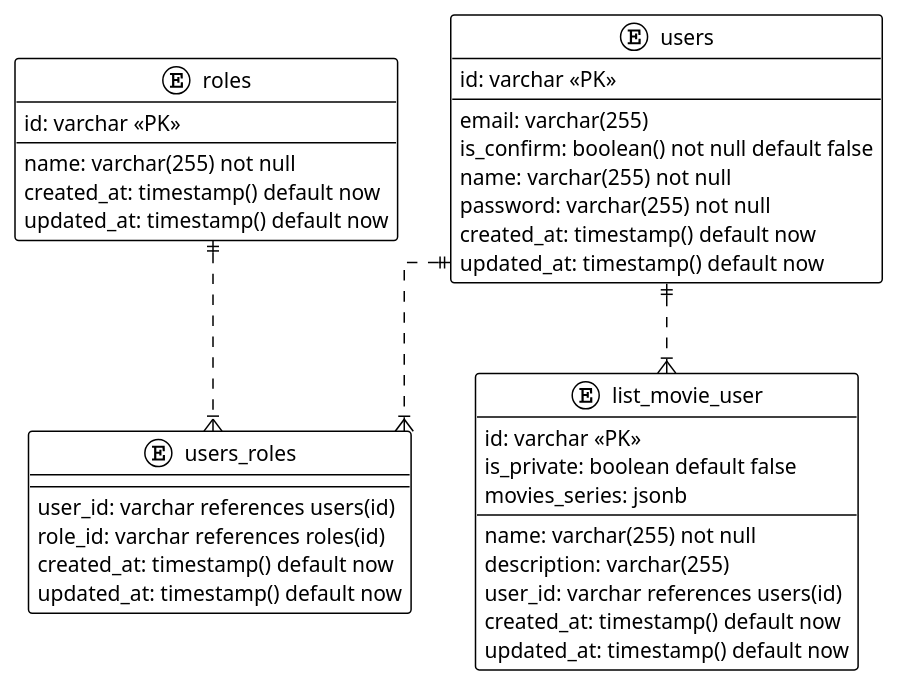
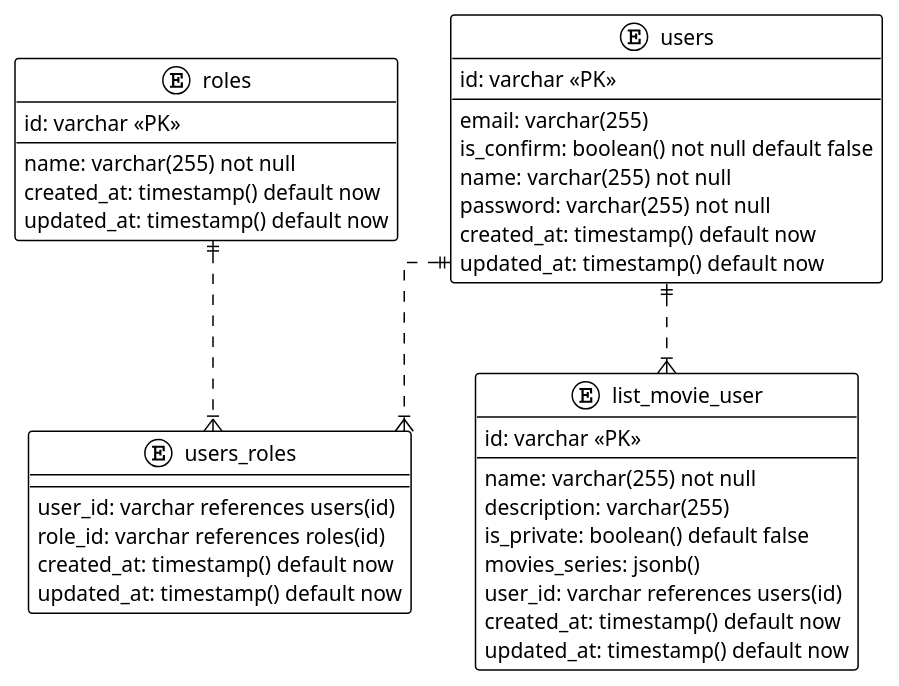
The diagram in docs/database/database-tables.plantuml (fredsonchaves07/movie-catch-api), drawn with PlantUML before and after one commit.

Commit message:
refact: column names

```diff
--- a/docs/database/database-tables.plantuml
+++ b/docs/database/database-tables.plantuml
@@ -1,46 +1,46 @@
 @startuml
 
 !theme plain
 top to bottom direction
 skinparam linetype ortho
 
 entity users {
    id: varchar <<PK>>
    email: varchar(255)
    is_confirm: boolean() not null default false
    name: varchar(255) not null
    password: varchar(255) not null
    created_at: timestamp() default now
    updated_at: timestamp() default now
 }
 
 entity roles {
    id: varchar <<PK>>
    name: varchar(255) not null
    created_at: timestamp() default now
    updated_at: timestamp() default now
 }
 
 entity users_roles {
    user_id: varchar references users(id)
    role_id: varchar references roles(id)
    created_at: timestamp() default now
    updated_at: timestamp() default now
 }
 
 entity list_movie_user {
     id: varchar <<PK>>
     name: varchar(255) not null
     description: varchar(255)
-    is_private: boolean default false
-    movies_series: jsonb
+    is_private: boolean() default false
+    movies_series: jsonb()
     user_id: varchar references users(id)
     created_at: timestamp() default now
     updated_at: timestamp() default now
 }
 
 users ||..|{users_roles
 roles ||..|{users_roles
 users ||..|{list_movie_user
 
 @enduml
```
